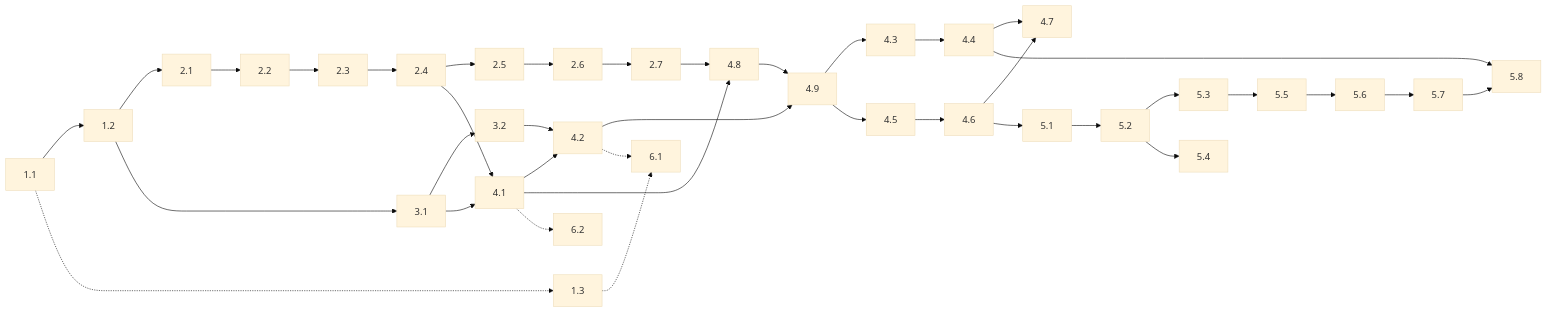
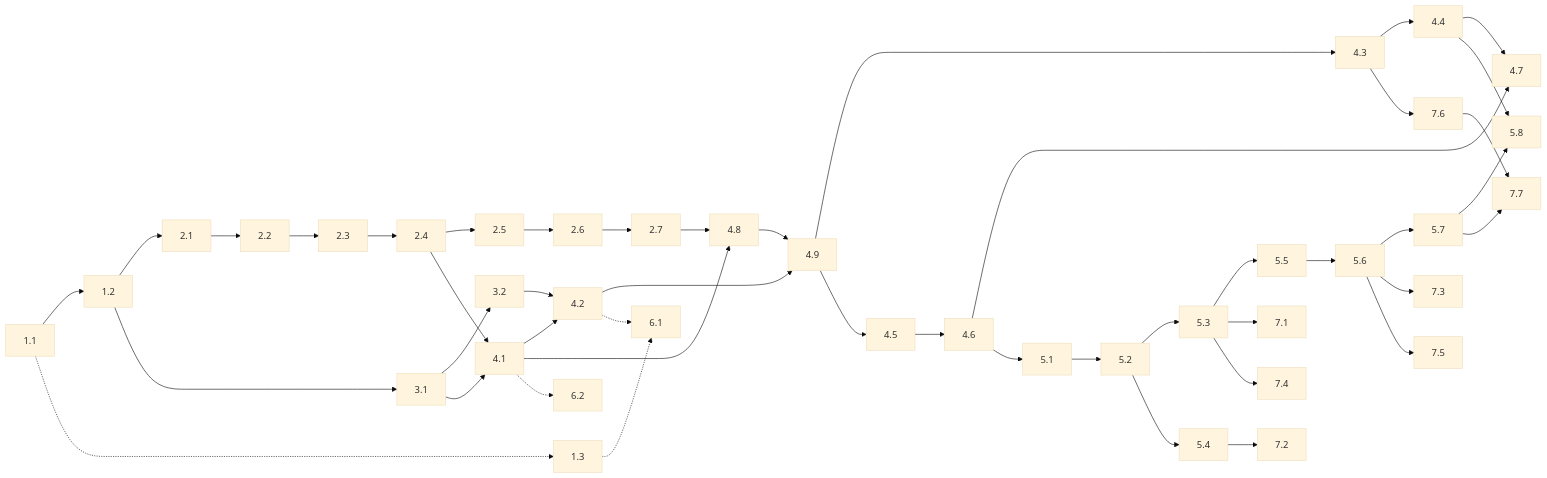
One commit to JacobHayes/cairn changed the diagram in briefs/README.md. Above: the diagram before and after it, drawn with Mermaid (base theme). The commit also changed other lines of this file and 11 other files, not shown here.

````diff
--- a/briefs/README.md
+++ b/briefs/README.md
@@ -59,18 +66,25 @@
 ```mermaid
 flowchart LR
     s11[1.1] --> s12[1.2] --> s21[2.1] --> s22[2.2] --> s23[2.3] --> s24[2.4] --> s25[2.5] --> s26[2.6] --> s27[2.7]
     s11 -.-> s13[1.3]
     s12 --> s31[3.1] --> s32[3.2]
     s24 & s31 --> s41[4.1] --> s42[4.2]
     s32 --> s42
     s27 & s41 --> s48[4.8]
     s48 & s42 --> s49[4.9]
     s49 --> s43[4.3] --> s44[4.4]
     s49 --> s45[4.5] --> s46[4.6]
     s44 & s46 --> s47[4.7]
     s46 --> s51[5.1] --> s52[5.2] --> s53[5.3] --> s55[5.5] --> s56[5.6] --> s57[5.7] --> s58[5.8]
     s52 --> s54[5.4]
     s44 --> s58
     s42 & s13 -.-> s61[6.1]
     s41 -.-> s62[6.2]
+    s53 --> s71[7.1]
+    s54 --> s72[7.2]
+    s56 --> s73[7.3]
+    s53 --> s74[7.4]
+    s56 --> s75[7.5]
+    s43 --> s76[7.6]
+    s76 & s57 --> s77[7.7]
 ```
````
